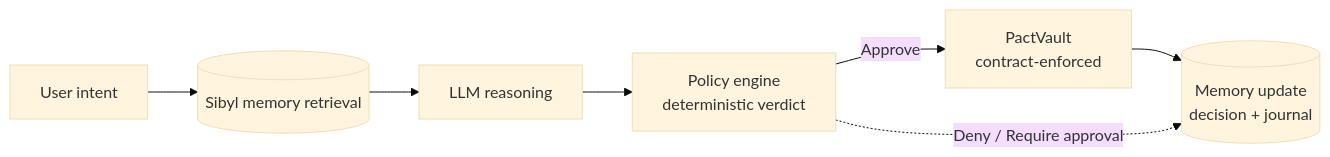
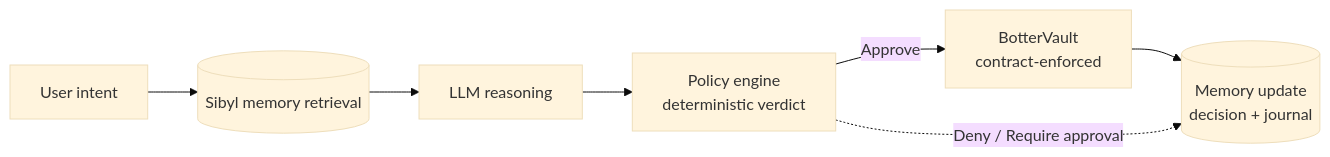
One commit to Saber1Y/botter changed the first of 3 diagrams in README.md. Above: the diagram before and after it, drawn with Mermaid (base theme). The commit also changed other lines of this file and 33 other files, not shown here.

````diff
--- a/README.md
+++ b/README.md
@@ -197,9 +197,9 @@
 ```mermaid
 flowchart LR
     A[User intent] --> B[(Sibyl memory retrieval)]
     B --> C[LLM reasoning]
     C --> D[Policy engine<br/>deterministic verdict]
-    D -->|Approve| E[PactVault<br/>contract-enforced]
+    D -->|Approve| E[BotterVault<br/>contract-enforced]
     E --> F[(Memory update<br/>decision + journal)]
     D -.->|Deny / Require approval| F
 ```
````
